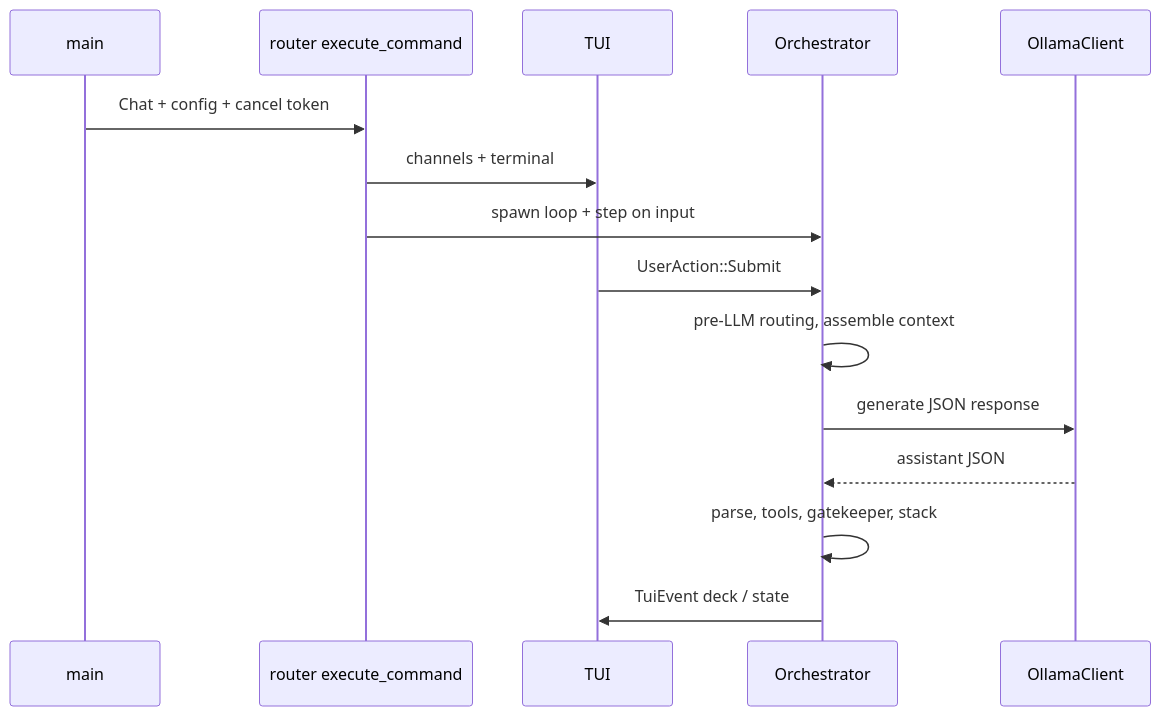
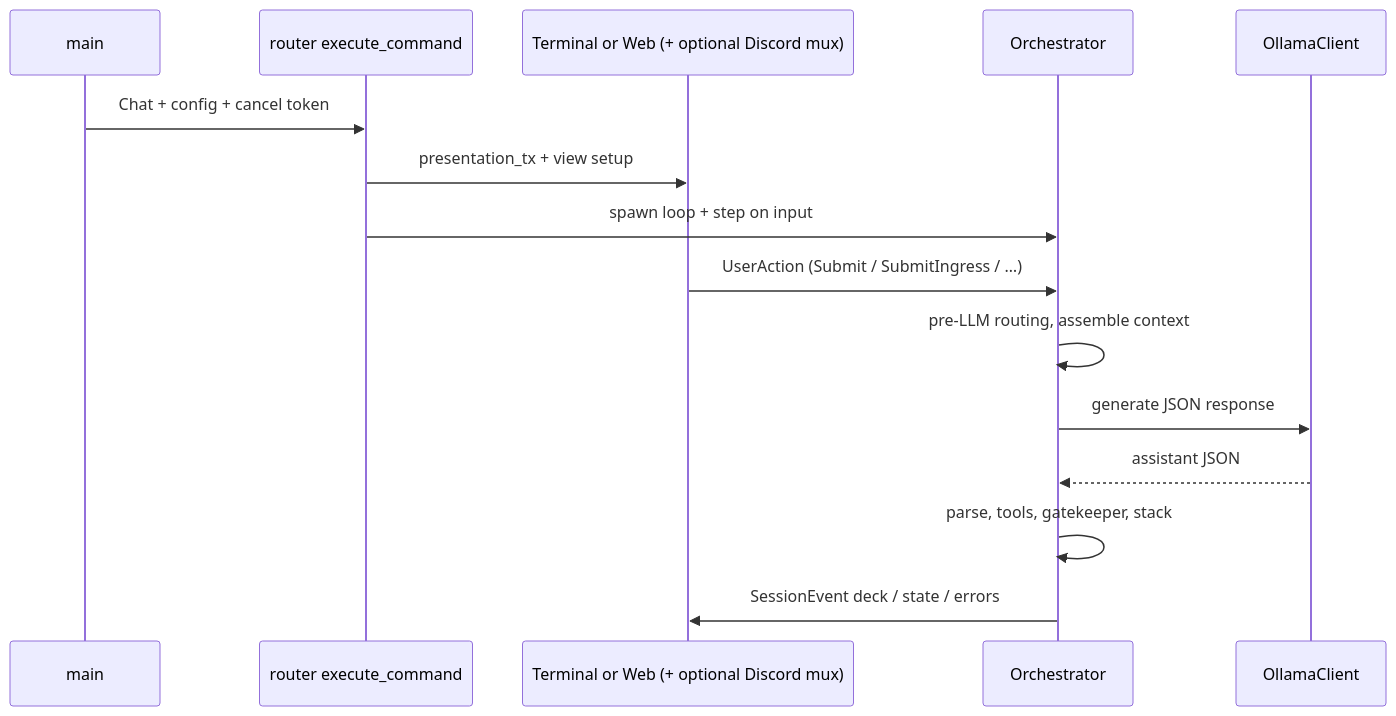
One commit to janpauldahlke/eris changed the second of 2 diagrams in docs/updated_architecture/00_OVERVIEW.md. Above: the diagram before and after it, drawn with Mermaid. The commit also changed other lines of this file and 11 other files, not shown here.

````diff
--- a/docs/updated_architecture/00_OVERVIEW.md
+++ b/docs/updated_architecture/00_OVERVIEW.md
@@ -57,18 +62,18 @@
 ```mermaid
 sequenceDiagram
     participant M as main
     participant R as router execute_command
-    participant T as TUI
+    participant V as Terminal or Web (+ optional Discord mux)
     participant O as Orchestrator
     participant E as OllamaClient
 
     M->>R: Chat + config + cancel token
-    R->>T: channels + terminal
+    R->>V: presentation_tx + view setup
     R->>O: spawn loop + step on input
-    T->>O: UserAction::Submit
+    V->>O: UserAction (Submit / SubmitIngress / …)
     O->>O: pre-LLM routing, assemble context
     O->>E: generate JSON response
     E-->>O: assistant JSON
     O->>O: parse, tools, gatekeeper, stack
-    O->>T: TuiEvent deck / state
+    O->>V: SessionEvent deck / state / errors
 ```
````
